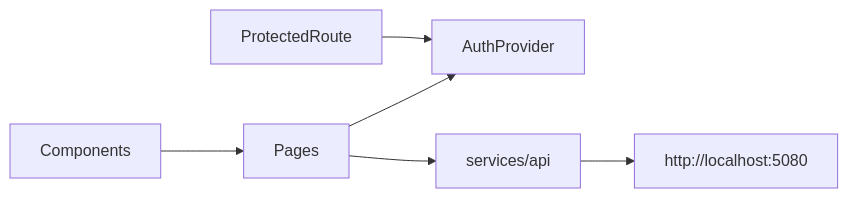
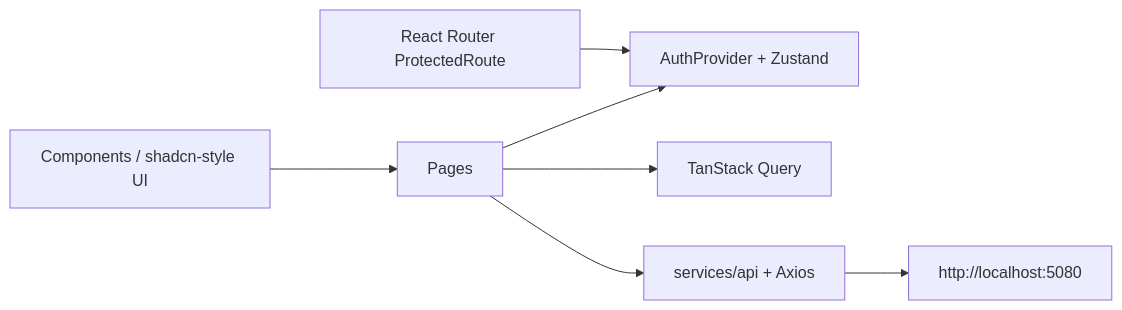
One commit to H3721N/Monorepositorio changed the second of 2 diagrams in docs/architecture.md. Above: the diagram before and after it, drawn with Mermaid. The commit also changed other lines of this file and 236 other files, not shown here.

````diff
--- a/docs/architecture.md
+++ b/docs/architecture.md
@@ -38,8 +40,9 @@
 ```mermaid
 flowchart LR
-  Pages["Pages"] --> Auth["AuthProvider"]
-  Pages --> Api["services/api"]
-  Routes["ProtectedRoute"] --> Auth
+  Pages["Pages"] --> Auth["AuthProvider + Zustand"]
+  Pages --> Query["TanStack Query"]
+  Pages --> Api["services/api + Axios"]
+  Routes["React Router ProtectedRoute"] --> Auth
   Api --> Backend["http://localhost:5080"]
-  Components["Components"] --> Pages
+  Components["Components / shadcn-style UI"] --> Pages
 ```
````
